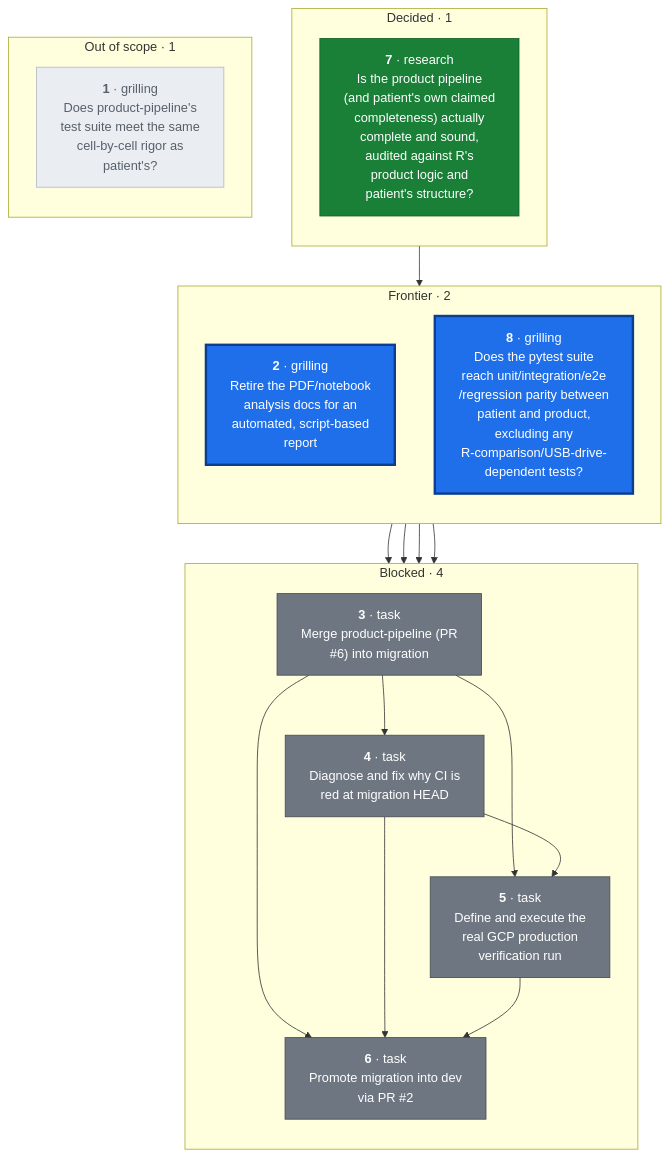
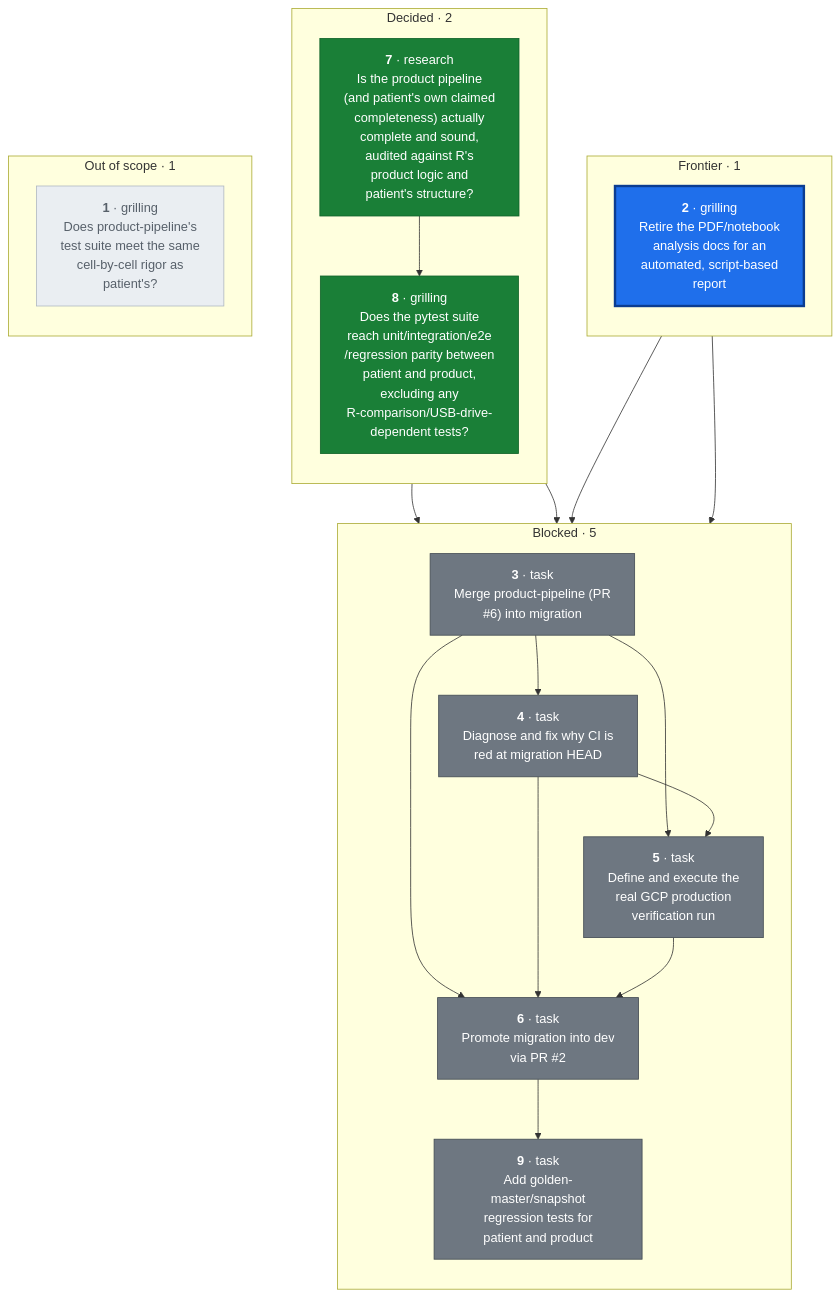
Before and after one commit to CorrelAid/a4d: the first of 2 diagrams in docs/wayfinder/map.md, drawn with Mermaid. The commit also changed other lines of this file and 6 other files, not shown here.

First line of the commit message:
Close wayfinder ticket 8: pytest-suite parity decision

````diff
--- a/docs/wayfinder/map.md
+++ b/docs/wayfinder/map.md
@@ -23,44 +23,46 @@
 ```mermaid
 flowchart TD
-  subgraph FRONTIER["Frontier · 2"]
+  subgraph FRONTIER["Frontier · 1"]
     direction TB
     T2["<b>2</b> · grilling<br/>Retire the PDF/notebook<br/>analysis docs for an<br/>automated, script-based<br/>report"]
-    T8["<b>8</b> · grilling<br/>Does the pytest suite<br/>reach unit/integration/e2e<br/>/regression parity between<br/>patient and product,<br/>excluding any<br/>R-comparison/USB-drive-<br/>dependent tests?"]
   end
-  subgraph BLOCKED["Blocked · 4"]
+  subgraph BLOCKED["Blocked · 5"]
     direction TB
     T3["<b>3</b> · task<br/>Merge product-pipeline (PR<br/>#6) into migration"]
     T4["<b>4</b> · task<br/>Diagnose and fix why CI is<br/>red at migration HEAD"]
     T5["<b>5</b> · task<br/>Define and execute the<br/>real GCP production<br/>verification run"]
     T6["<b>6</b> · task<br/>Promote migration into dev<br/>via PR #2"]
+    T9["<b>9</b> · task<br/>Add golden-master/snapshot<br/>regression tests for<br/>patient and product"]
   end
-  subgraph DECIDED["Decided · 1"]
+  subgraph DECIDED["Decided · 2"]
     direction TB
     T7["<b>7</b> · research<br/>Is the product pipeline<br/>(and patient's own claimed<br/>completeness) actually<br/>complete and sound,<br/>audited against R's<br/>product logic and<br/>patient's structure?"]
+    T8["<b>8</b> · grilling<br/>Does the pytest suite<br/>reach unit/integration/e2e<br/>/regression parity between<br/>patient and product,<br/>excluding any<br/>R-comparison/USB-drive-<br/>dependent tests?"]
   end
   subgraph DROPPED["Out of scope · 1"]
     direction TB
     T1["<b>1</b> · grilling<br/>Does product-pipeline's<br/>test suite meet the same<br/>cell-by-cell rigor as<br/>patient's?"]
   end
 
   T2 --> T3
   T2 --> T6
   T3 --> T4
   T3 --> T5
   T3 --> T6
   T4 --> T5
   T4 --> T6
   T5 --> T6
+  T6 --> T9
   T7 --> T8
   T8 --> T3
   T8 --> T6
 
   classDef frontier fill:#1f6feb,stroke:#0b3d91,stroke-width:3px,color:#ffffff
-  class T2,T8 frontier
+  class T2 frontier
   classDef blocked fill:#6e7781,stroke:#424a53,stroke-width:1px,color:#ffffff
-  class T3,T4,T5,T6 blocked
+  class T3,T4,T5,T6,T9 blocked
   classDef decided fill:#1a7f37,stroke:#116329,stroke-width:1px,color:#ffffff
-  class T7 decided
+  class T7,T8 decided
   classDef dropped fill:#eaeef2,stroke:#afb8c1,stroke-width:1px,color:#57606a
   class T1 dropped
 ```
````
